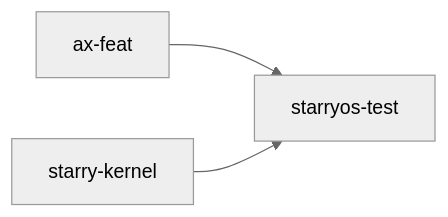
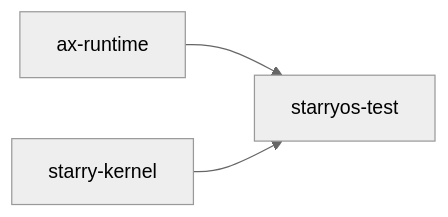
One commit to rcore-os/tgoskits changed the second of 2 diagrams in docs/docs/components/crates/starryos-test.md. Above: the diagram before and after it, drawn with Mermaid (neutral theme). The commit also changed other lines of this file and 189 other files, not shown here.

````diff
--- a/docs/docs/components/crates/starryos-test.md
+++ b/docs/docs/components/crates/starryos-test.md
@@ -104,5 +104,5 @@
 ```mermaid
 graph LR
-    ax-feat["ax-feat"] --> test["starryos-test"]
+    ax-runtime["ax-runtime"] --> test["starryos-test"]
     kernel["starry-kernel"] --> test
 ```
````
